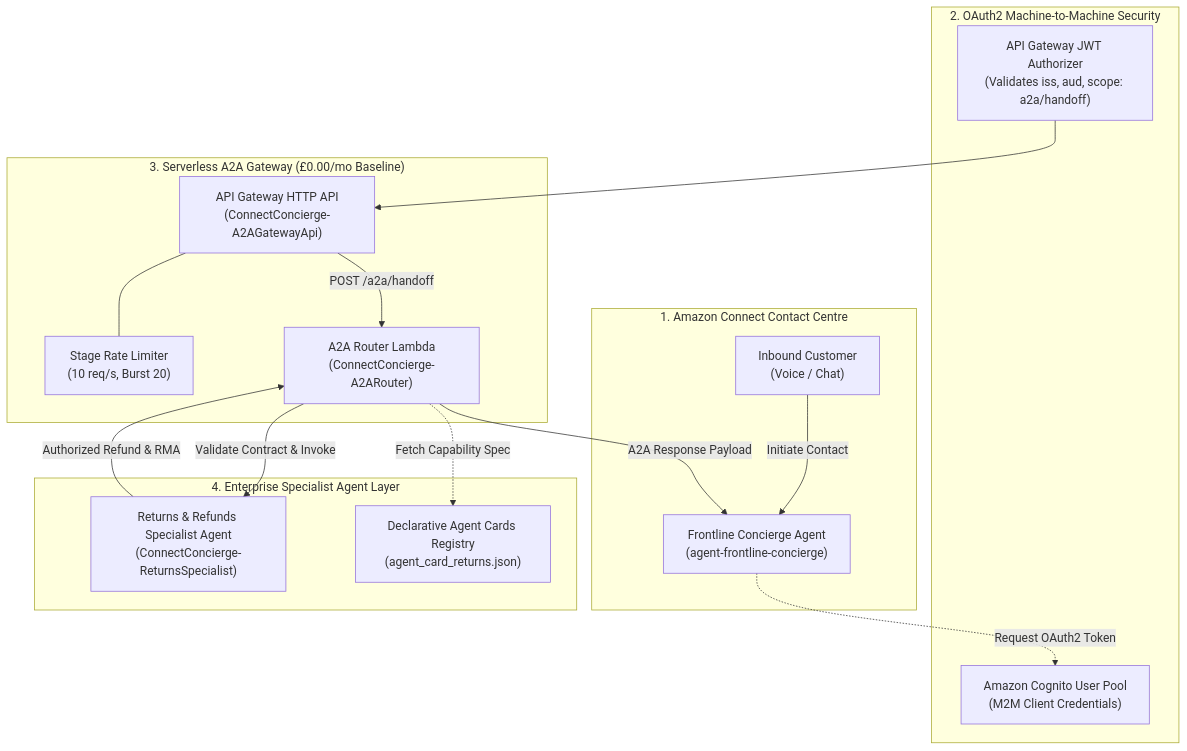
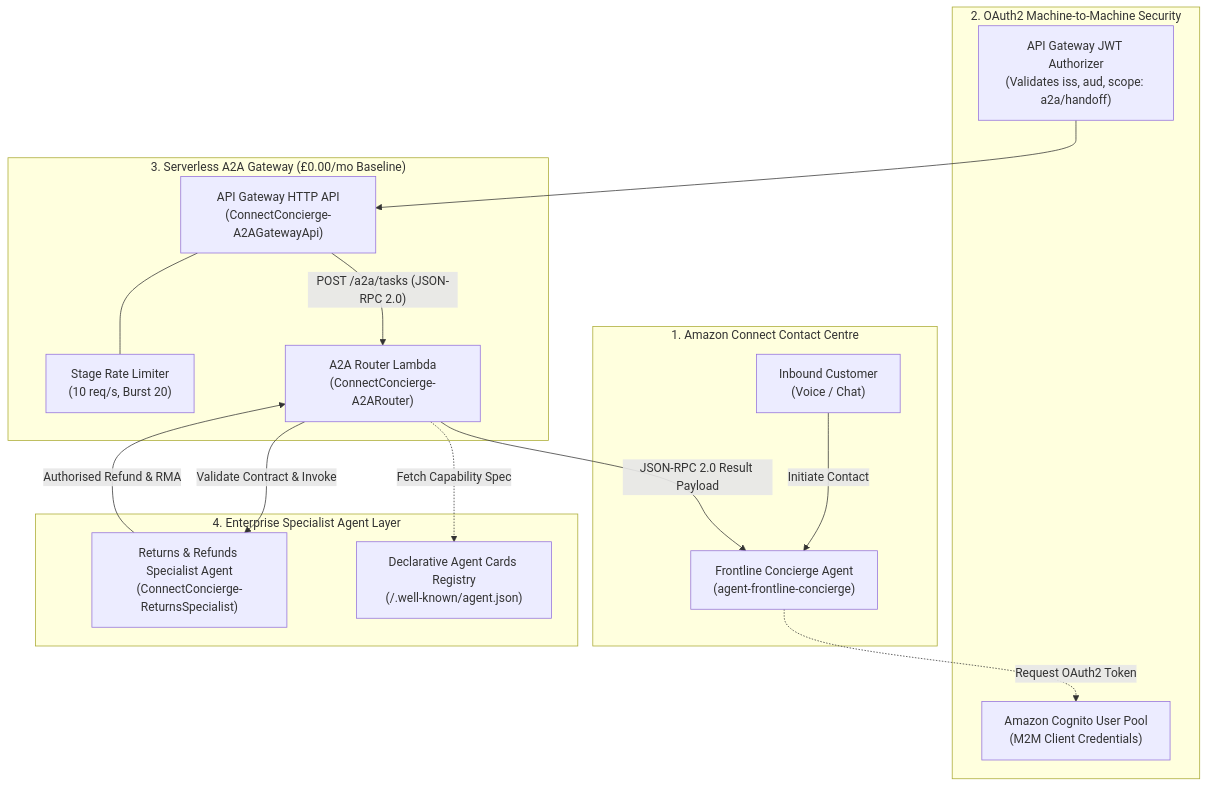
The diagram in amazon-connect-concierge/blogs/part3_enterprise_a2a_gateway.md (s0ck3t/aws-demos), drawn with Mermaid before and after one commit. The commit also changed other lines of this file and 17 other files, not shown here.

````diff
--- a/amazon-connect-concierge/blogs/part3_enterprise_a2a_gateway.md
+++ b/amazon-connect-concierge/blogs/part3_enterprise_a2a_gateway.md
@@ -15,40 +15,40 @@
 ```mermaid
 graph TD
     %% Contact Center & Frontline Agent
     subgraph ContactCenter ["1. Amazon Connect Contact Centre"]
         Caller["Inbound Customer<br>(Voice / Chat)"]
         FrontlineAgent["Frontline Concierge Agent<br>(agent-frontline-concierge)"]
         Caller --> |Initiate Contact| FrontlineAgent
     end
 
     %% Security & Identity Boundary
     subgraph SecurityBoundary ["2. OAuth2 Machine-to-Machine Security"]
         CognitoUserPool["Amazon Cognito User Pool<br>(M2M Client Credentials)"]
         JWTAuthorizer["API Gateway JWT Authorizer<br>(Validates iss, aud, scope: a2a/handoff)"]
         FrontlineAgent -.-> |Request OAuth2 Token| CognitoUserPool
     end
 
     %% Serverless A2A Gateway
     subgraph A2AGateway ["3. Serverless A2A Gateway (£0.00/mo Baseline)"]
         A2AApi["API Gateway HTTP API<br>(ConnectConcierge-A2AGatewayApi)"]
         RateLimiter["Stage Rate Limiter<br>(10 req/s, Burst 20)"]
         RouterLambda["A2A Router Lambda<br>(ConnectConcierge-A2ARouter)"]
         
         A2AApi --- RateLimiter
         JWTAuthorizer --> A2AApi
-        A2AApi --> |POST /a2a/handoff| RouterLambda
+        A2AApi --> |"POST /a2a/tasks (JSON-RPC 2.0)"| RouterLambda
     end
 
     %% Domain Specialist Execution
     subgraph SpecialistBoundary ["4. Enterprise Specialist Agent Layer"]
         ReturnsSpecialist["Returns & Refunds Specialist Agent<br>(ConnectConcierge-ReturnsSpecialist)"]
-        AgentCards["Declarative Agent Cards Registry<br>(agent_card_returns.json)"]
+        AgentCards["Declarative Agent Cards Registry<br>(/.well-known/agent.json)"]
         
         RouterLambda --> |Validate Contract & Invoke| ReturnsSpecialist
         RouterLambda -.-> |Fetch Capability Spec| AgentCards
     end
 
     %% Response Flow
-    ReturnsSpecialist --> |Authorized Refund & RMA| RouterLambda
-    RouterLambda --> |A2A Response Payload| FrontlineAgent
+    ReturnsSpecialist --> |Authorised Refund & RMA| RouterLambda
+    RouterLambda --> |JSON-RPC 2.0 Result Payload| FrontlineAgent
 ```
````
